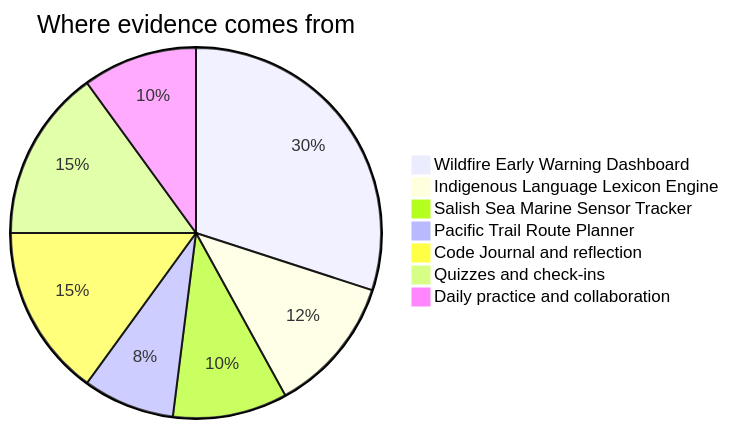
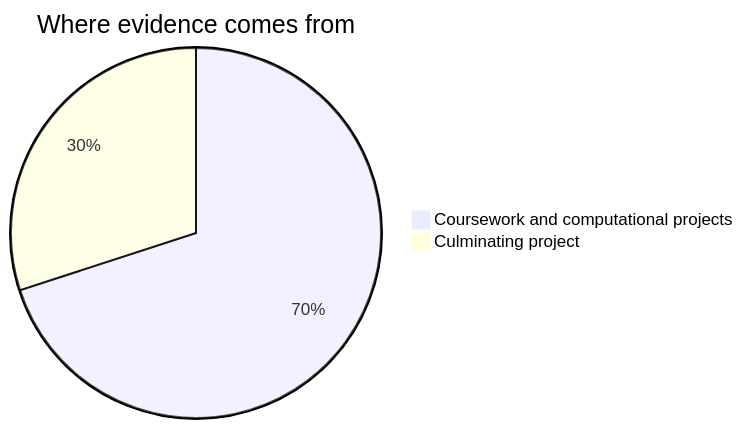
Before and after one commit to russellgordon/containerized-quartz-for-teachers: the diagram in support/example_content/MCMPR11/shared/Setup/How Marks Work.md, drawn with Mermaid. The commit also changed other lines of this file and 5 other files, not shown here.

Commit message:
MCMPR11: align 70/30 weighting pie chart and add task triangulation blocks

````diff
--- a/support/example_content/MCMPR11/shared/Setup/How Marks Work.md
+++ b/support/example_content/MCMPR11/shared/Setup/How Marks Work.md
@@ -15,10 +15,5 @@
 ```mermaid
 pie title Where evidence comes from
-    "Wildfire Early Warning Dashboard" : 30
-    "Indigenous Language Lexicon Engine" : 12
-    "Salish Sea Marine Sensor Tracker" : 10
-    "Pacific Trail Route Planner" : 8
-    "Code Journal and reflection" : 15
-    "Quizzes and check-ins" : 15
-    "Daily practice and collaboration" : 10
+    "Coursework and computational projects" : 70
+    "Culminating project" : 30
 ```
````
